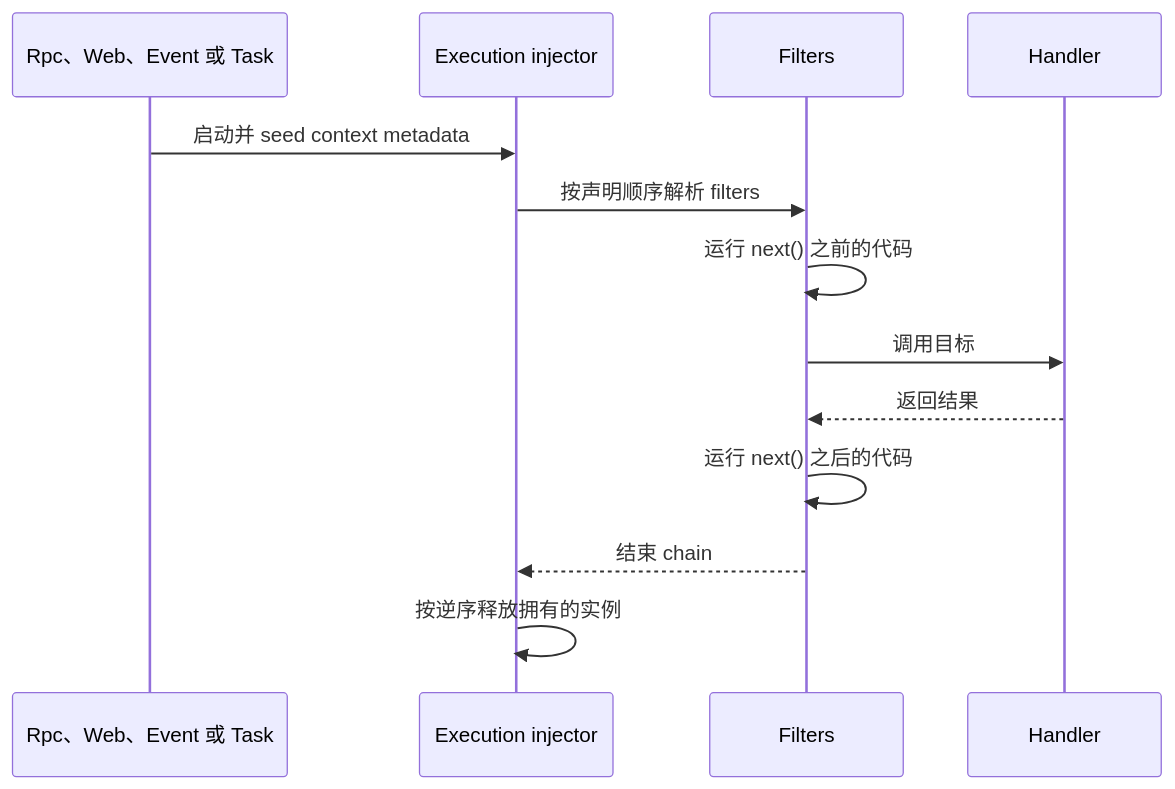
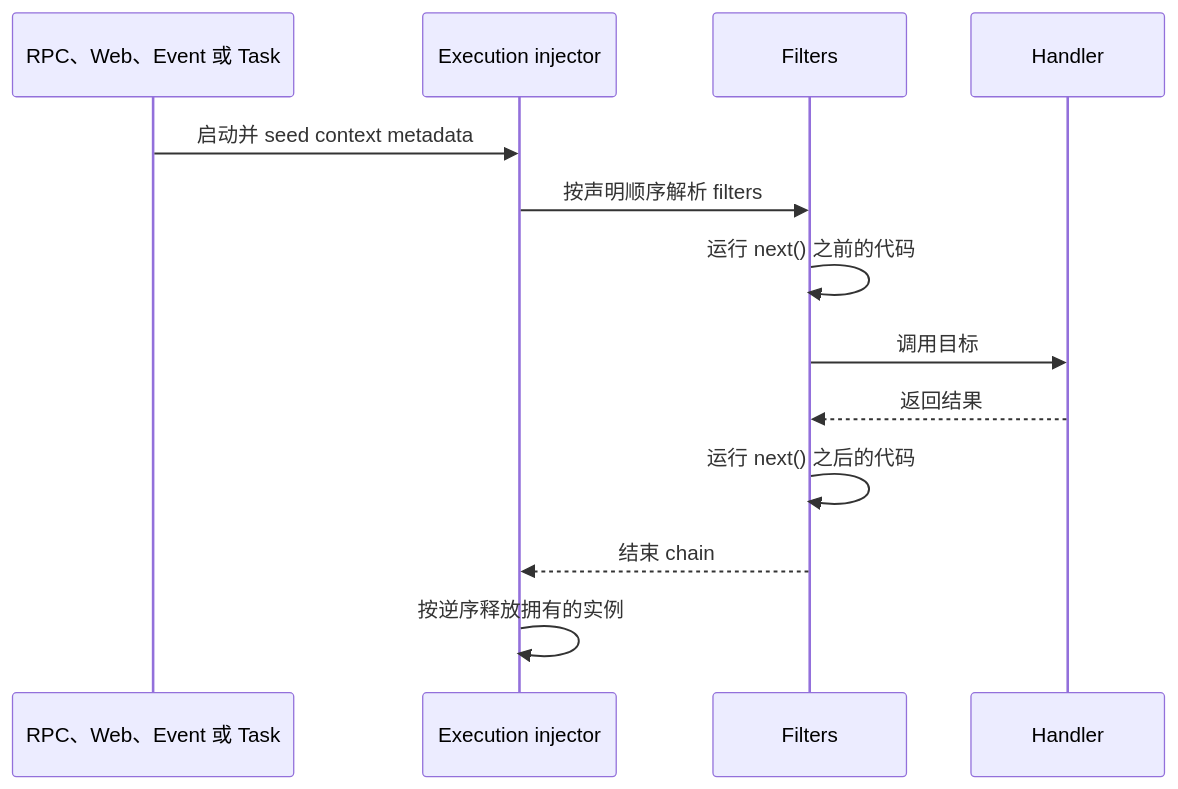
One commit to yorun-ai/vine-site changed the second of 2 diagrams in i18n/zh-CN/docusaurus-plugin-content-docs/current/runtime/execution-model.md. Above: the diagram before and after it, drawn with Mermaid. The commit also changed other lines of this file and 22 other files, not shown here.

````diff
--- a/i18n/zh-CN/docusaurus-plugin-content-docs/current/runtime/execution-model.md
+++ b/i18n/zh-CN/docusaurus-plugin-content-docs/current/runtime/execution-model.md
@@ -99,16 +99,16 @@
 ```mermaid
 sequenceDiagram
-  participant Protocol as Rpc、Web、Event 或 Task
+  participant Protocol as RPC、Web、Event 或 Task
   participant Execution as Execution injector
   participant Filters
   participant Handler
 
   Protocol->>Execution: 启动并 seed context metadata
   Execution->>Filters: 按声明顺序解析 filters
   Filters->>Filters: 运行 next() 之前的代码
   Filters->>Handler: 调用目标
   Handler-->>Filters: 返回结果
   Filters->>Filters: 运行 next() 之后的代码
   Filters-->>Execution: 结束 chain
   Execution->>Execution: 按逆序释放拥有的实例
 ```
````
